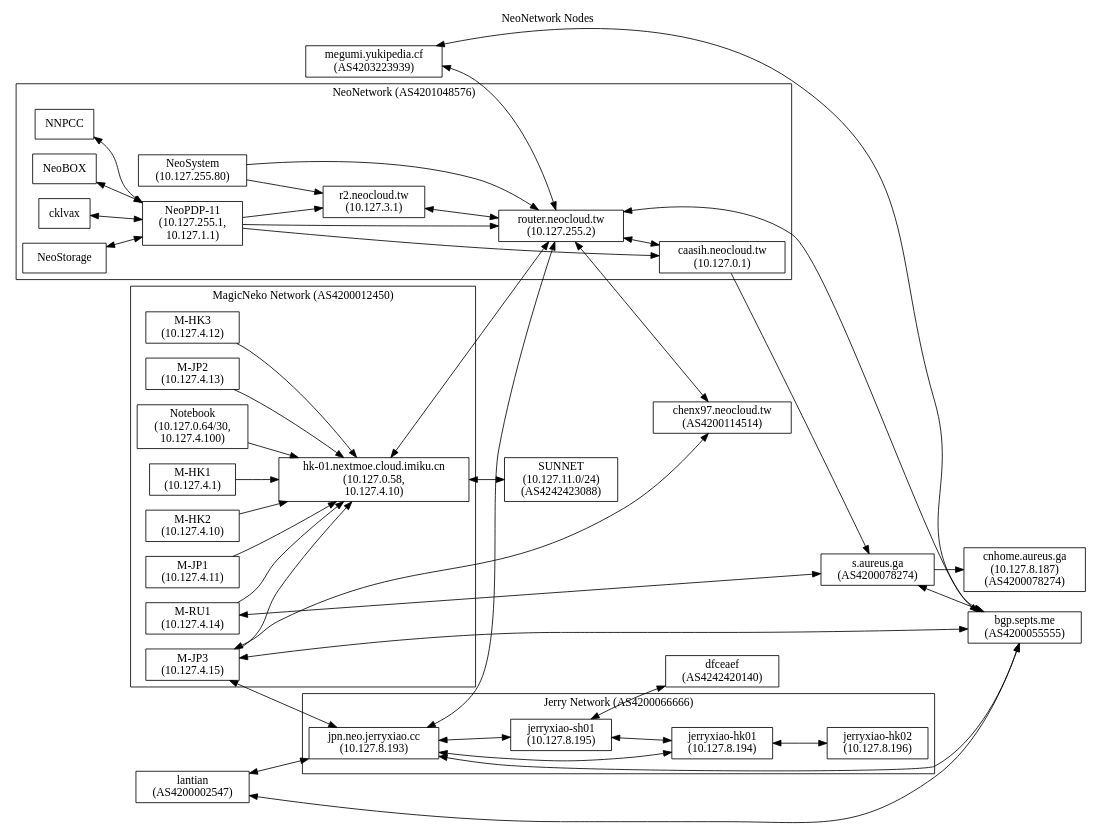
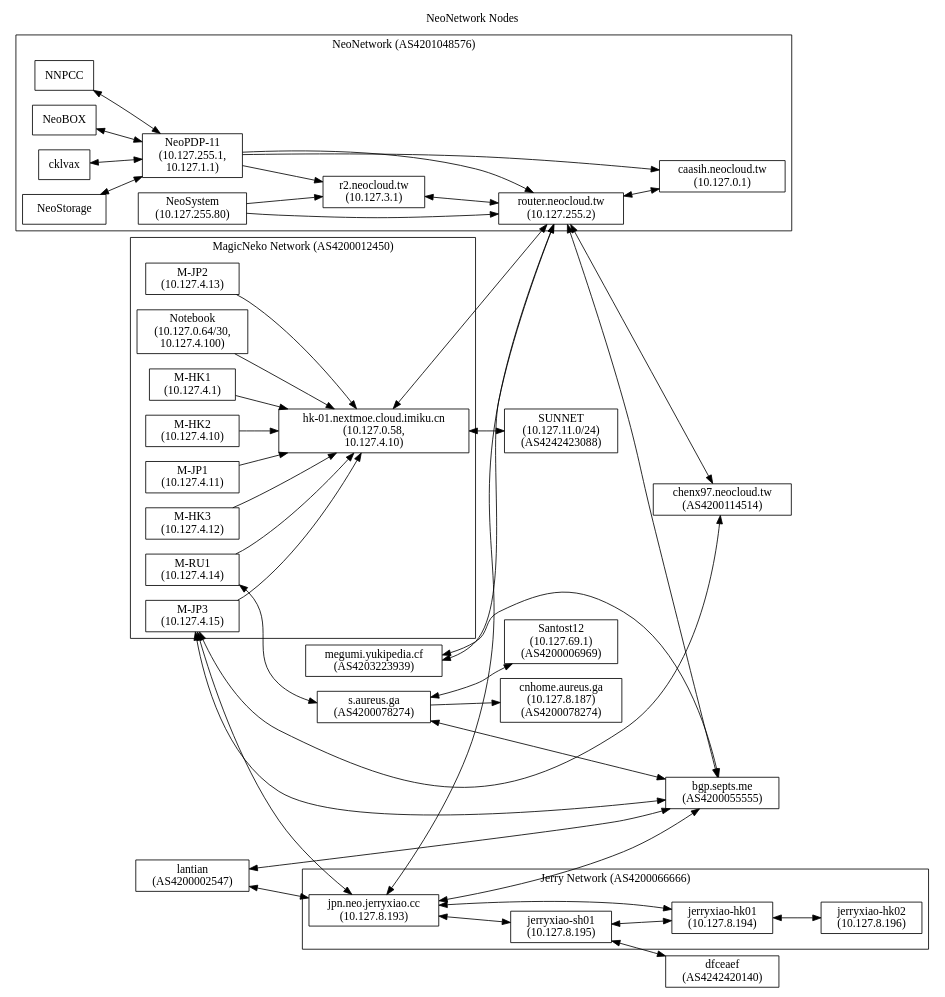
One commit to NeoCloud/NeoNetwork changed the diagram in nodes.dot. Above: the diagram before and after it, drawn with Graphviz. The commit also changed 2 other files, not shown here.

```diff
--- a/nodes.dot
+++ b/nodes.dot
@@ -1,93 +1,94 @@
 digraph "NeoNetwork Nodes"
 {
 	label="NeoNetwork Nodes";
 	labelloc="t";
 	rankdir=LR;
 	node [shape=box]
 	c [label="caasih.neocloud.tw\n(10.127.0.1)"]
 	ucbvax [label="router.neocloud.tw\n(10.127.255.2)"]
 	np11 [label="NeoPDP-11\n(10.127.255.1,\n10.127.1.1)"]
 	ns [label="NeoSystem\n(10.127.255.80)"]
 	megumiLHS [label="megumi.yukipedia.cf\n(AS4203223939)"]
 	pan [label="r2.neocloud.tw\n(10.127.3.1)"]
 	icecat_Explosion [label="hk-01.nextmoe.cloud.imiku.cn\n(10.127.0.58,\n10.127.4.10)"]
 	icecat_Notebook [label="Notebook\n(10.127.0.64/30,\n10.127.4.100)"]
 	magicneko_HK01 [label="M-HK1\n(10.127.4.1)"]
 	magicneko_HK02 [label="M-HK2\n(10.127.4.10)"]
 	magicneko_JP01 [label="M-JP1\n(10.127.4.11)"]
 	magicneko_HK03 [label="M-HK3\n(10.127.4.12)"]
 	magicneko_JP02 [label="M-JP2\n(10.127.4.13)"]
 	magicneko_RU01 [label="M-RU1\n(10.127.4.14)"]
 	magicneko_JP03 [label="M-JP3\n(10.127.4.15)"]
 	staph [label="s.aureus.ga\n(AS4200078274)"]
 	staph_CN [label="cnhome.aureus.ga\n(10.127.8.187)\n(AS4200078274)"]
 	chenx97 [label="chenx97.neocloud.tw\n(AS4200114514)"]
 	JerryXiao [label="jpn.neo.jerryxiao.cc\n(10.127.8.193)"]
 	JerryXiao_SH01 [label="jerryxiao-sh01\n(10.127.8.195)"]
 	JerryXiao_HK01 [label="jerryxiao-hk01\n(10.127.8.194)"]
 	JerryXiao_HK02 [label="jerryxiao-hk02\n(10.127.8.196)"]
 	septs [label="bgp.septs.me\n(AS4200055555)"]
 	lantian [label="lantian\n(AS4200002547)"]
 	dfceaef [label="dfceaef\n(AS4242420140)"]
 	SUNNET [label="SUNNET\n(10.127.11.0/24)\n(AS4242423088)"]
+	santost12 [label="Santost12\n(10.127.69.1)\n(AS4200006969)"]
 	subgraph cluster_AS4201048576
 	{
 		label = "NeoNetwork (AS4201048576)";
 
 		NNPCC -> np11 [dir=both]
 		NeoBOX -> np11 [dir=both]
 		cklvax -> np11 [dir=both]
 		NeoStorage -> np11 [dir=both]
 		np11 -> ucbvax
 		np11 -> pan
 		np11 -> c
 		ucbvax -> c [dir=both]
 		ns -> ucbvax
 		ns -> pan
 		pan -> ucbvax [dir=both]
 	}
 
 	megumiLHS -> ucbvax [dir=both]
 	icecat_Explosion -> ucbvax [dir=both]
-	c -> staph
 	staph -> staph_CN
 	ucbvax -> chenx97 [dir=both]
 
 	subgraph cluster_AS4200012450
 	{
 		label="MagicNeko Network (AS4200012450)";
 
 		magicneko_HK01-> icecat_Explosion
 		magicneko_HK02-> icecat_Explosion
 		magicneko_JP01 -> icecat_Explosion
 		magicneko_HK03 -> icecat_Explosion
 		magicneko_JP02 -> icecat_Explosion
 		magicneko_RU01 -> icecat_Explosion
 		magicneko_JP03 -> icecat_Explosion
 		icecat_Notebook -> icecat_Explosion
 	}
 
 	subgraph cluster_AS4200066666
 	{
 		label="Jerry Network (AS4200066666)";
 
 		JerryXiao -> JerryXiao_SH01 [dir=both]
 		JerryXiao -> JerryXiao_HK01 [dir=both]
 		JerryXiao_SH01 -> JerryXiao_HK01 [dir=both]
 		JerryXiao_HK01 -> JerryXiao_HK02 [dir=both]
 	}
 
 	JerryXiao -> ucbvax [dir=both]
 	JerryXiao -> septs [dir=both]
 	JerryXiao_SH01 -> dfceaef [dir=both]
 	magicneko_JP03 -> JerryXiao [dir=both]
 	lantian -> septs [dir=both]
 	lantian -> JerryXiao [dir=both]
 	magicneko_JP03 -> septs [dir=both]
 	staph -> septs [dir=both]
 	ucbvax -> septs [dir=both]
 	magicneko_JP03 -> chenx97 [dir=both]
 	magicneko_RU01 -> staph [dir=both]
 	megumiLHS -> septs [dir=both]
 	icecat_Explosion -> SUNNET [dir=both]
+	staph -> santost12 [dir=both]
 }
```
